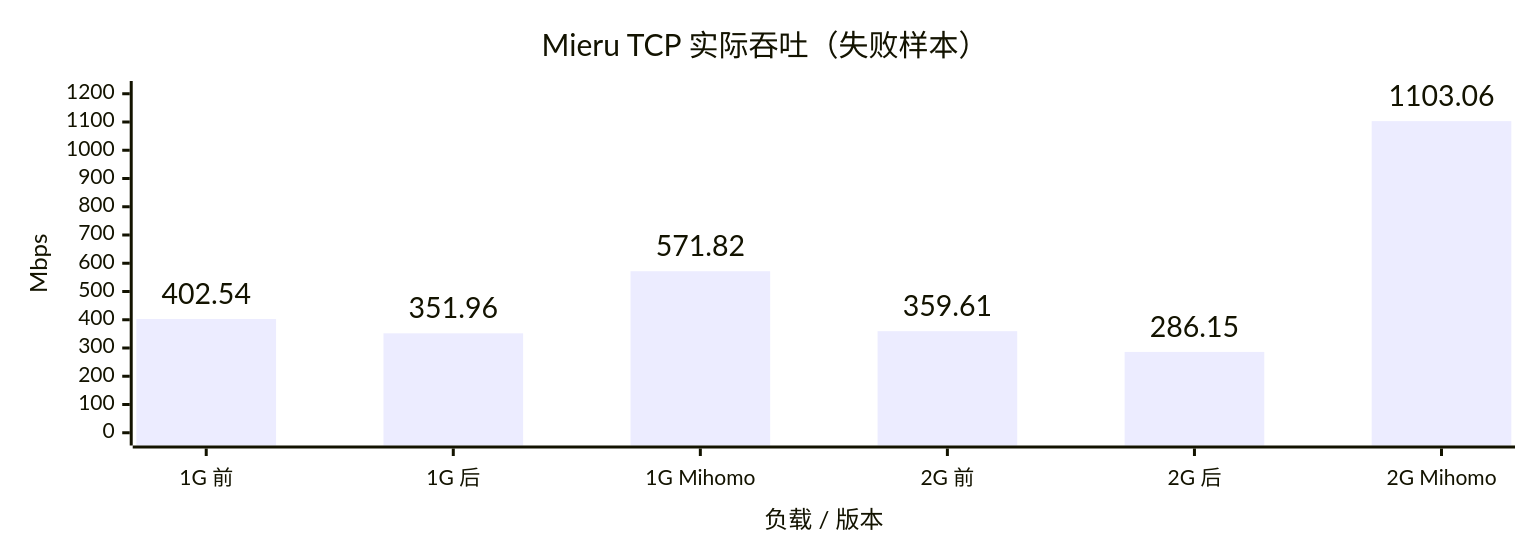
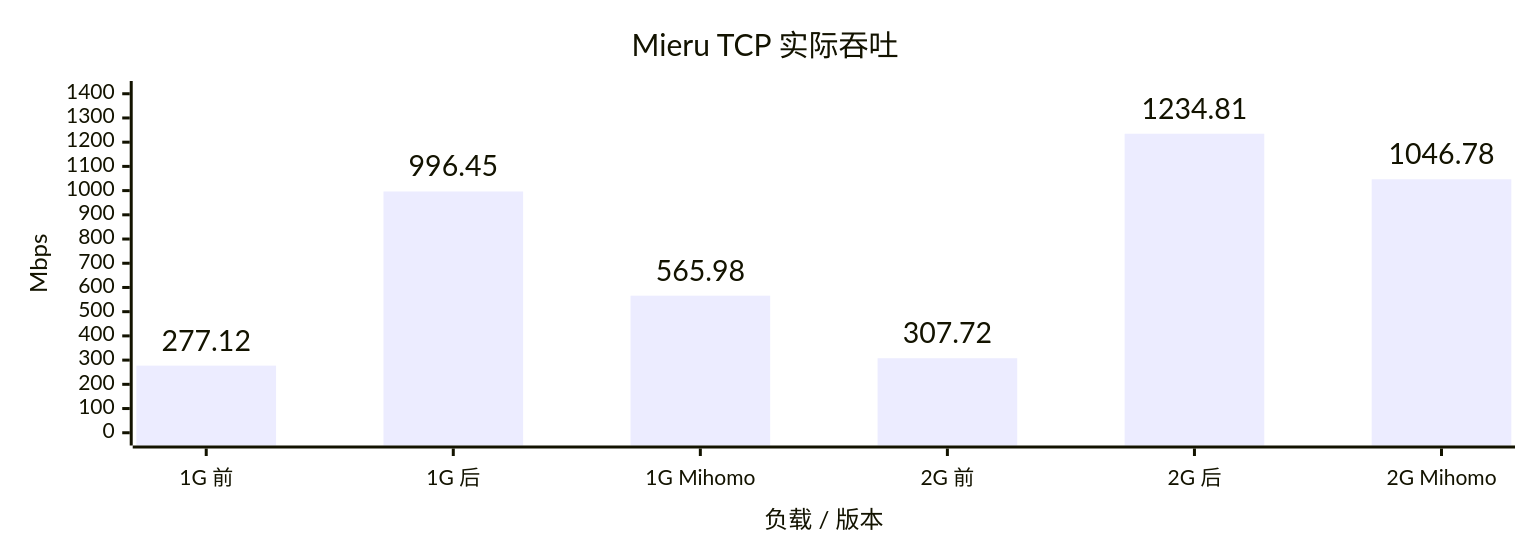
One commit to YuanDevTeam/Vole changed the first of 8 diagrams in docs/benchmark.md. Above: the diagram before and after it, drawn with Mermaid. The commit also changed other lines of this file, not shown here.

Commit message:
docs: update Mieru TUN comparison results

````diff
--- a/docs/benchmark.md
+++ b/docs/benchmark.md
@@ -17,15 +15,15 @@
 ```mermaid
 ---
 config:
   xyChart:
     width: 1000
     height: 350
     showDataLabel: true
     showDataLabelOutsideBar: true
 ---
 xychart
-    title "Mieru TCP 实际吞吐（失败样本）"
+    title "Mieru TCP 实际吞吐"
     x-axis "负载 / 版本" ["1G 前", "1G 后", "1G Mihomo", "2G 前", "2G 后", "2G Mihomo"]
-    y-axis "Mbps" 0 --> 1200
-    bar [402.54, 351.96, 571.82, 359.61, 286.15, 1103.06]
+    y-axis "Mbps" 0 --> 1400
+    bar [277.12, 996.45, 565.98, 307.72, 1234.81, 1046.78]
 ```
````
